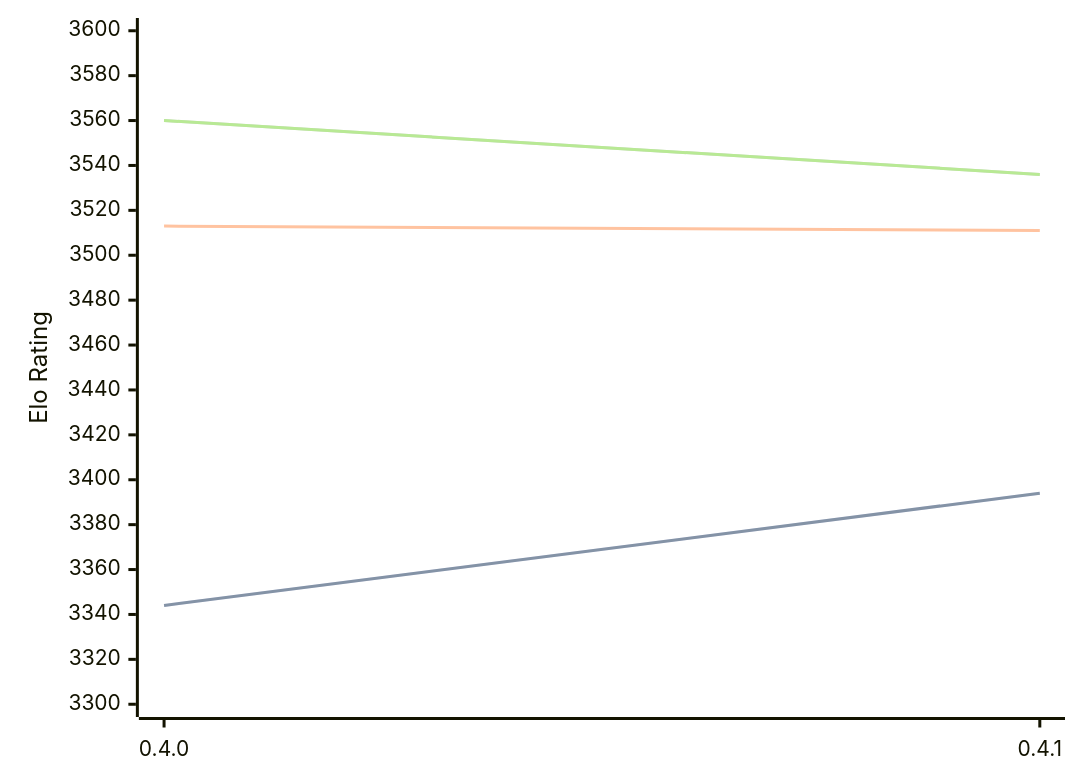
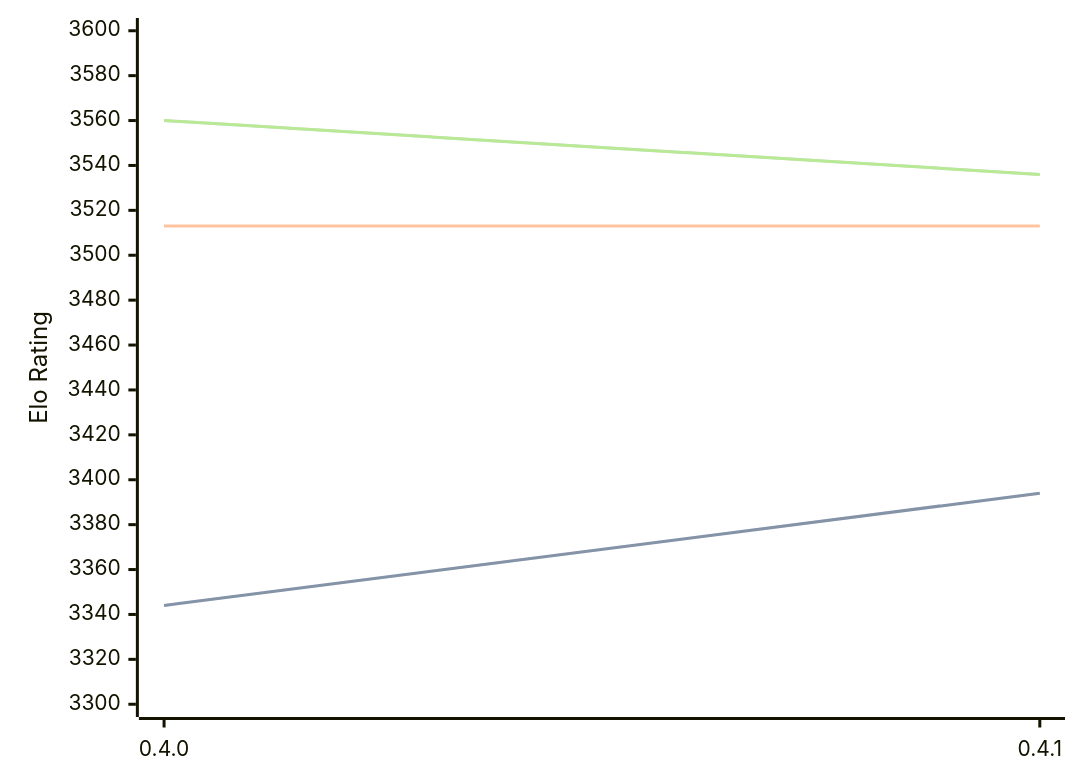
The diagram in engines/Cinder.md (computer-chess-index/cci), drawn with Mermaid before and after one commit. The commit also changed other lines of this file, not shown here.

````diff
--- a/engines/Cinder.md
+++ b/engines/Cinder.md
@@ -37,11 +37,11 @@
 ```mermaid
 %%{init: {"theme":"base","themeVariables":{"seriesColors:['#a3a3a3','#222221','#faa371']}}}%%
 xychart-beta
   x-axis ["0.4.0", "0.4.1"]
   y-axis "Elo Rating" 3300 --> 3600
   line "STC (8.0+0.08s)" [3344, 3394]
   line "STC (8.0+0.08s)" [3344, 3394]
-  line "LTC (60.0+0.60s)" [3513, 3511]
+  line "LTC (60.0+0.60s)" [3513, 3513]
   line "VLTC (2m24s+1.12s)" [3560, 3536]
   line "VLTC (2m24s+1.12s)" [3560, 3536]
 ```
````
